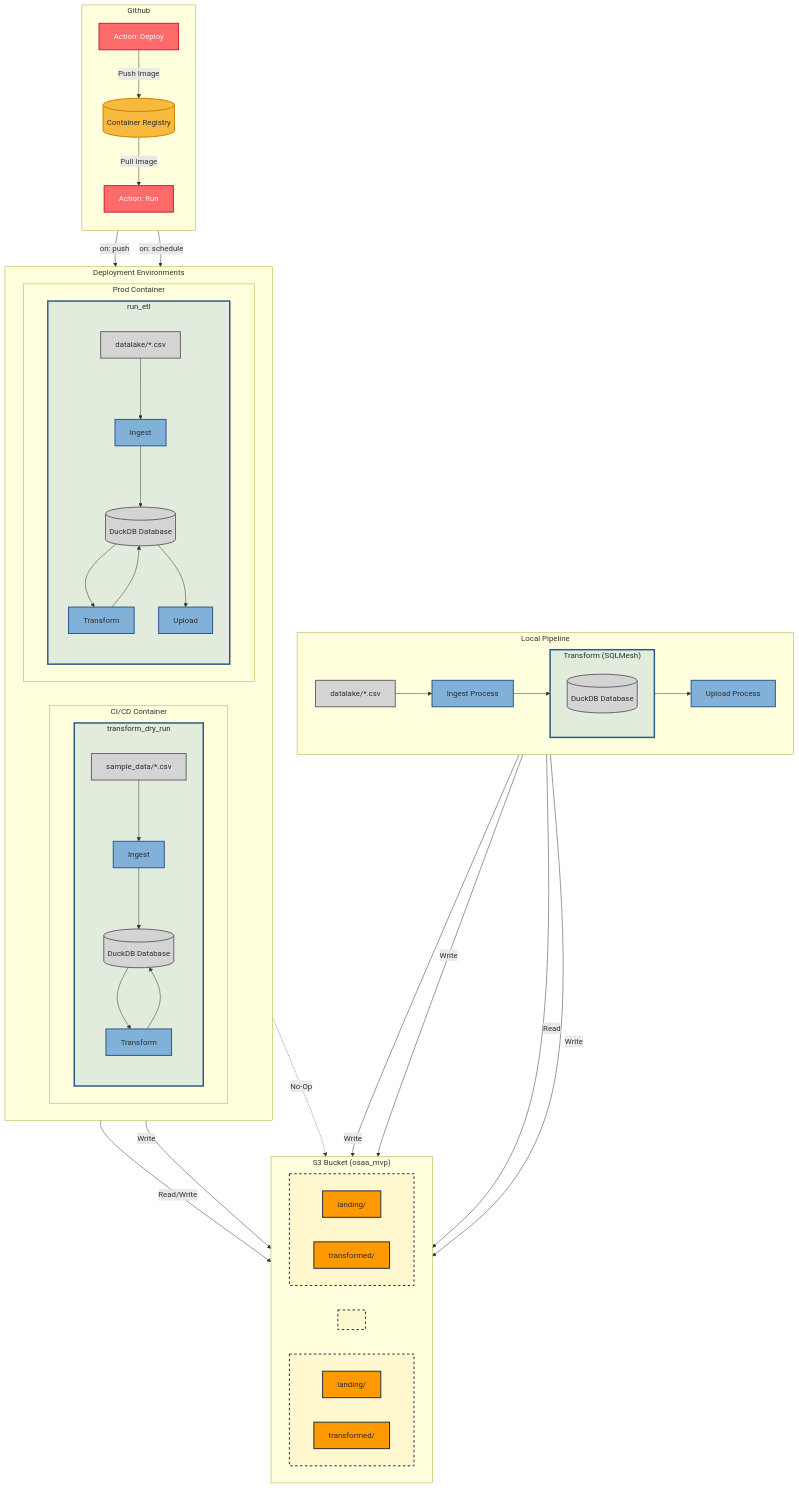
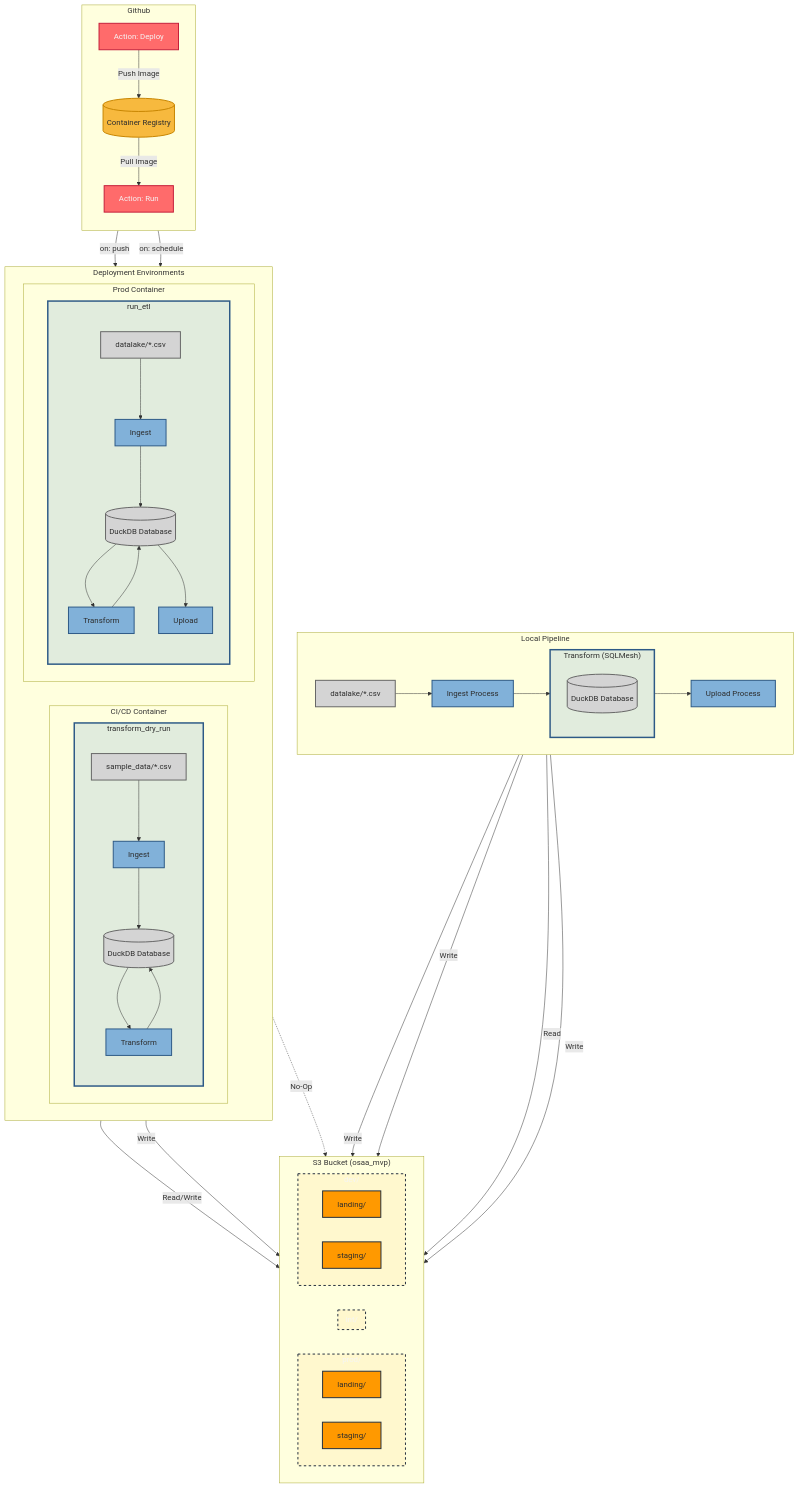
One commit to db-tycoon-stephen/osaa-mvp changed the diagram in system_architecture.md. Above: the diagram before and after it, drawn with Mermaid. The commit also changed 17 other files, not shown here.

```diff
--- a/system_architecture.md
+++ b/system_architecture.md
@@ -70,7 +70,7 @@
         subgraph PB[prod/]
             direction LR
             PL3[landing/]
-            PT3[transformed/]
+            PT3[staging/]
         end
         subgraph IB[int/]
             direction LR
@@ -79,7 +79,7 @@
         subgraph DB[dev/]
             direction LR
             DL3[landing/]
-            DT3[transformed/]
+            DT3[staging/]
         end
     end
 
```
